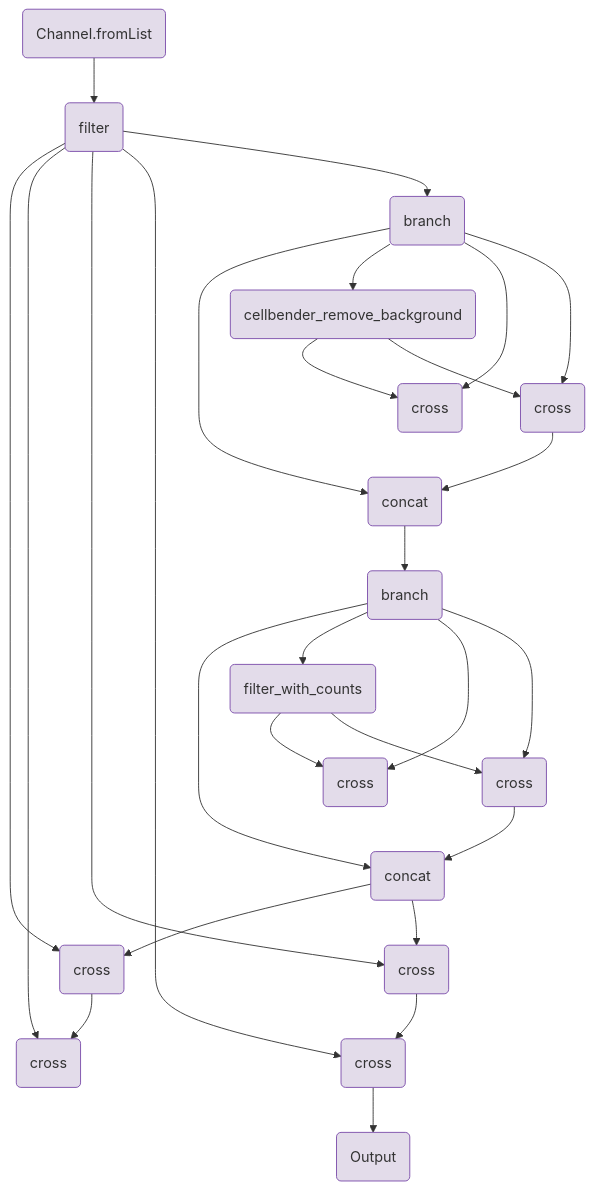
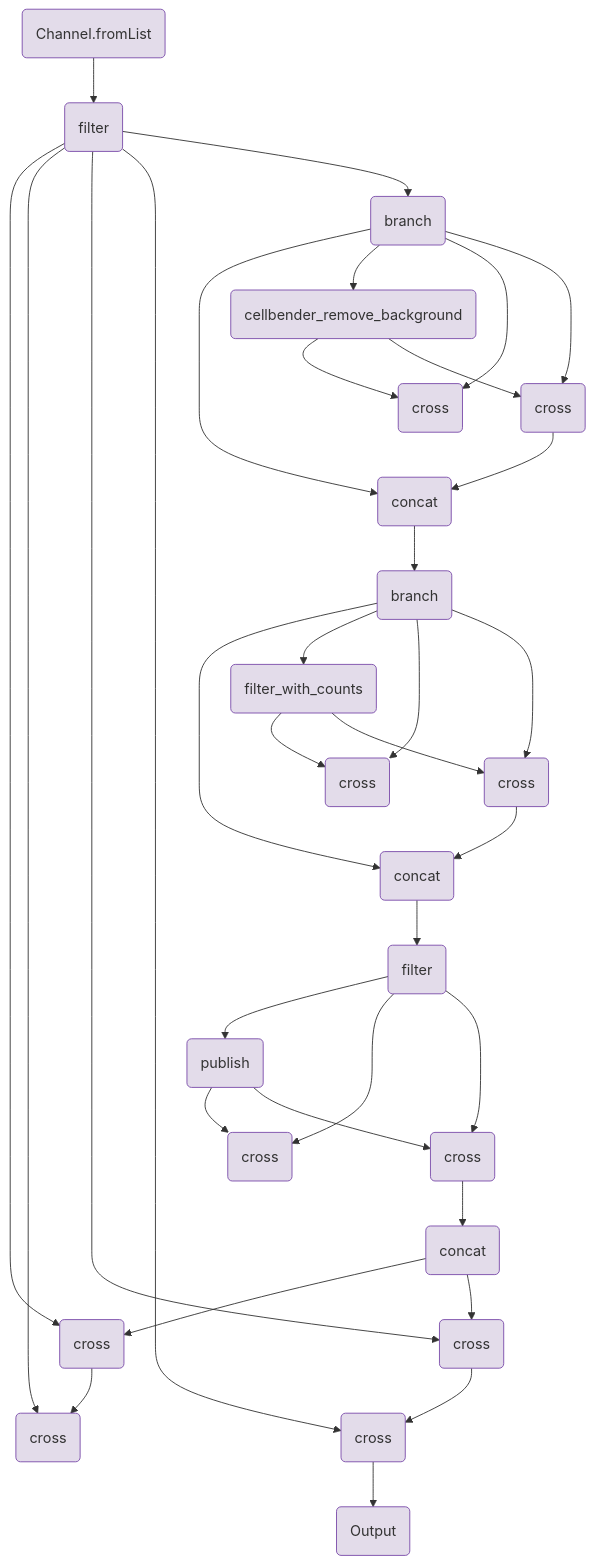
Before and after one commit to openpipelines-bio/website: the diagram in components/workflows/ingestion/cellranger_postprocessing.qmd, drawn with Mermaid. The commit also changed other lines of this file and 145 other files, not shown here.

````diff
--- a/components/workflows/ingestion/cellranger_postprocessing.qmd
+++ b/components/workflows/ingestion/cellranger_postprocessing.qmd
@@ -119,64 +119,81 @@
 ```{mermaid}
 flowchart TB
     v0(Channel.fromList)
     v2(filter)
-    v14(branch)
-    v41(concat)
-    v19(cellbender_remove_background)
-    v26(cross)
-    v36(cross)
-    v45(branch)
-    v72(concat)
-    v50(filter_with_counts)
-    v57(cross)
-    v67(cross)
-    v79(cross)
+    v12(branch)
+    v39(concat)
+    v17(cellbender_remove_background)
+    v24(cross)
+    v34(cross)
+    v43(branch)
+    v70(concat)
+    v48(filter_with_counts)
+    v55(cross)
+    v65(cross)
+    v71(filter)
+    v101(concat)
+    v79(publish)
     v86(cross)
-    v98(cross)
-    v105(cross)
-    v109(Output)
-    v14-->v41
-    v45-->v72
+    v96(cross)
+    v108(cross)
+    v115(cross)
+    v127(cross)
+    v134(cross)
+    v138(Output)
+    v12-->v39
+    v43-->v70
+    v70-->v71
     v0-->v2
-    v14-->v19
-    v19-->v26
-    v14-->v26
-    v14-->v36
-    v36-->v41
-    v45-->v50
-    v50-->v57
-    v45-->v57
-    v45-->v67
-    v67-->v72
-    v72-->v79
-    v2-->v79
+    v12-->v17
+    v17-->v24
+    v12-->v24
+    v12-->v34
+    v34-->v39
+    v43-->v48
+    v48-->v55
+    v43-->v55
+    v43-->v65
+    v65-->v70
+    v71-->v79
     v79-->v86
-    v2-->v86
-    v2-->v98
-    v98-->v105
-    v2-->v105
-    v105-->v109
-    v2-->v14
-    v19-->v36
-    v41-->v45
-    v50-->v67
-    v72-->v98
+    v71-->v86
+    v71-->v96
+    v96-->v101
+    v101-->v108
+    v2-->v108
+    v108-->v115
+    v2-->v115
+    v2-->v127
+    v127-->v134
+    v2-->v134
+    v134-->v138
+    v2-->v12
+    v17-->v34
+    v39-->v43
+    v48-->v65
+    v79-->v96
+    v101-->v127
     style v0 fill:#e3dcea,stroke:#7a4baa;
     style v2 fill:#e3dcea,stroke:#7a4baa;
-    style v14 fill:#e3dcea,stroke:#7a4baa;
-    style v41 fill:#e3dcea,stroke:#7a4baa;
-    style v19 fill:#e3dcea,stroke:#7a4baa;
-    style v26 fill:#e3dcea,stroke:#7a4baa;
-    style v36 fill:#e3dcea,stroke:#7a4baa;
-    style v45 fill:#e3dcea,stroke:#7a4baa;
-    style v72 fill:#e3dcea,stroke:#7a4baa;
-    style v50 fill:#e3dcea,stroke:#7a4baa;
-    style v57 fill:#e3dcea,stroke:#7a4baa;
-    style v67 fill:#e3dcea,stroke:#7a4baa;
+    style v12 fill:#e3dcea,stroke:#7a4baa;
+    style v39 fill:#e3dcea,stroke:#7a4baa;
+    style v17 fill:#e3dcea,stroke:#7a4baa;
+    style v24 fill:#e3dcea,stroke:#7a4baa;
+    style v34 fill:#e3dcea,stroke:#7a4baa;
+    style v43 fill:#e3dcea,stroke:#7a4baa;
+    style v70 fill:#e3dcea,stroke:#7a4baa;
+    style v48 fill:#e3dcea,stroke:#7a4baa;
+    style v55 fill:#e3dcea,stroke:#7a4baa;
+    style v65 fill:#e3dcea,stroke:#7a4baa;
+    style v71 fill:#e3dcea,stroke:#7a4baa;
+    style v101 fill:#e3dcea,stroke:#7a4baa;
     style v79 fill:#e3dcea,stroke:#7a4baa;
     style v86 fill:#e3dcea,stroke:#7a4baa;
-    style v98 fill:#e3dcea,stroke:#7a4baa;
-    style v105 fill:#e3dcea,stroke:#7a4baa;
-    style v109 fill:#e3dcea,stroke:#7a4baa;
+    style v96 fill:#e3dcea,stroke:#7a4baa;
+    style v108 fill:#e3dcea,stroke:#7a4baa;
+    style v115 fill:#e3dcea,stroke:#7a4baa;
+    style v127 fill:#e3dcea,stroke:#7a4baa;
+    style v134 fill:#e3dcea,stroke:#7a4baa;
+    style v138 fill:#e3dcea,stroke:#7a4baa;
 
 ```
````
